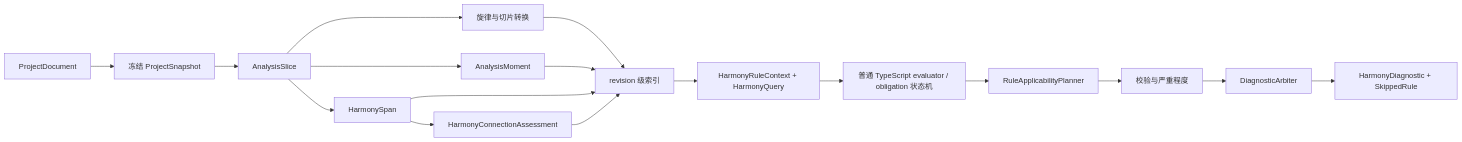
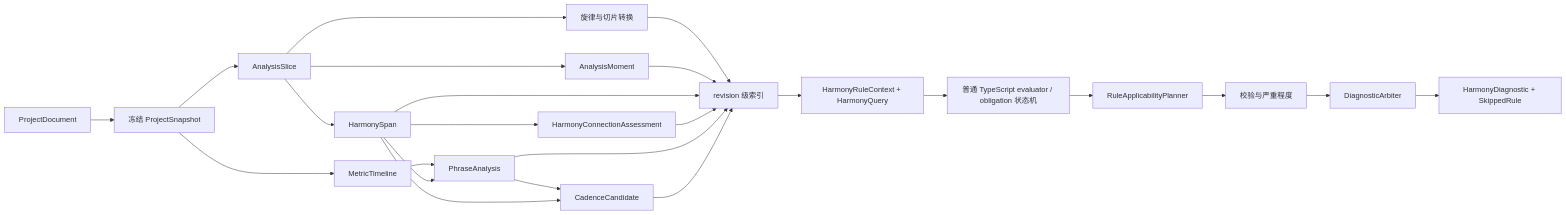
The diagram in Docs/harmony-engine.md (VoidState-1/SATB-Master), drawn with Mermaid before and after one commit. The commit also changed other lines of this file and 15 other files, not shown here.

````diff
--- a/Docs/harmony-engine.md
+++ b/Docs/harmony-engine.md
@@ -20,19 +20,26 @@
 ```mermaid
 flowchart LR
   P["ProjectDocument"] --> F["冻结 ProjectSnapshot"]
   F --> S["AnalysisSlice"]
   S --> T["旋律与切片转换"]
   S --> H["HarmonySpan"]
   S --> M["AnalysisMoment"]
+  F --> MT["MetricTimeline"]
+  MT --> PH["PhraseAnalysis"]
+  H --> PH
+  PH --> CAD["CadenceCandidate"]
+  H --> CAD
   H --> C["HarmonyConnectionAssessment"]
   T --> I["revision 级索引"]
   M --> I
   H --> I
   C --> I
+  PH --> I
+  CAD --> I
   I --> Q["HarmonyRuleContext + HarmonyQuery"]
   Q --> R["普通 TypeScript evaluator / obligation 状态机"]
   R --> A["RuleApplicabilityPlanner"]
   A --> V["校验与严重程度"]
   V --> D["DiagnosticArbiter"]
   D --> O["HarmonyDiagnostic + SkippedRule"]
 ```
````
